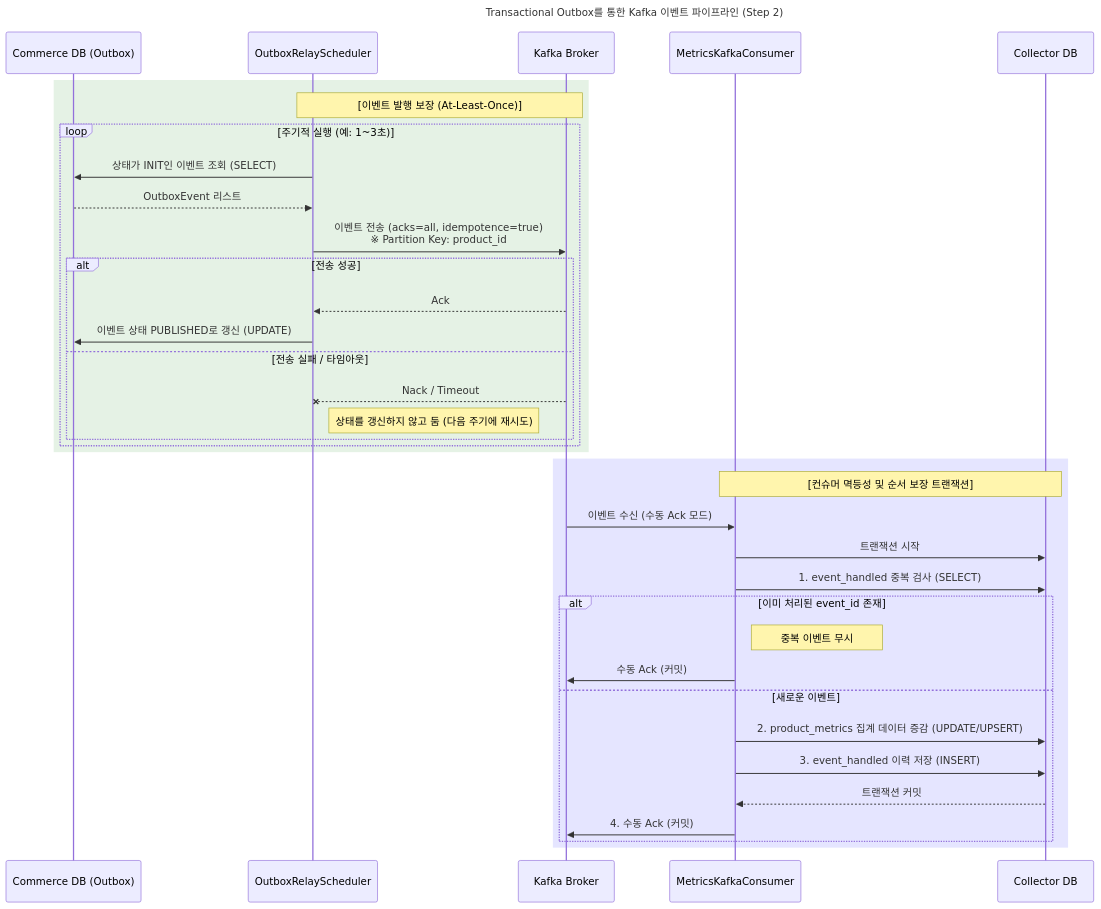
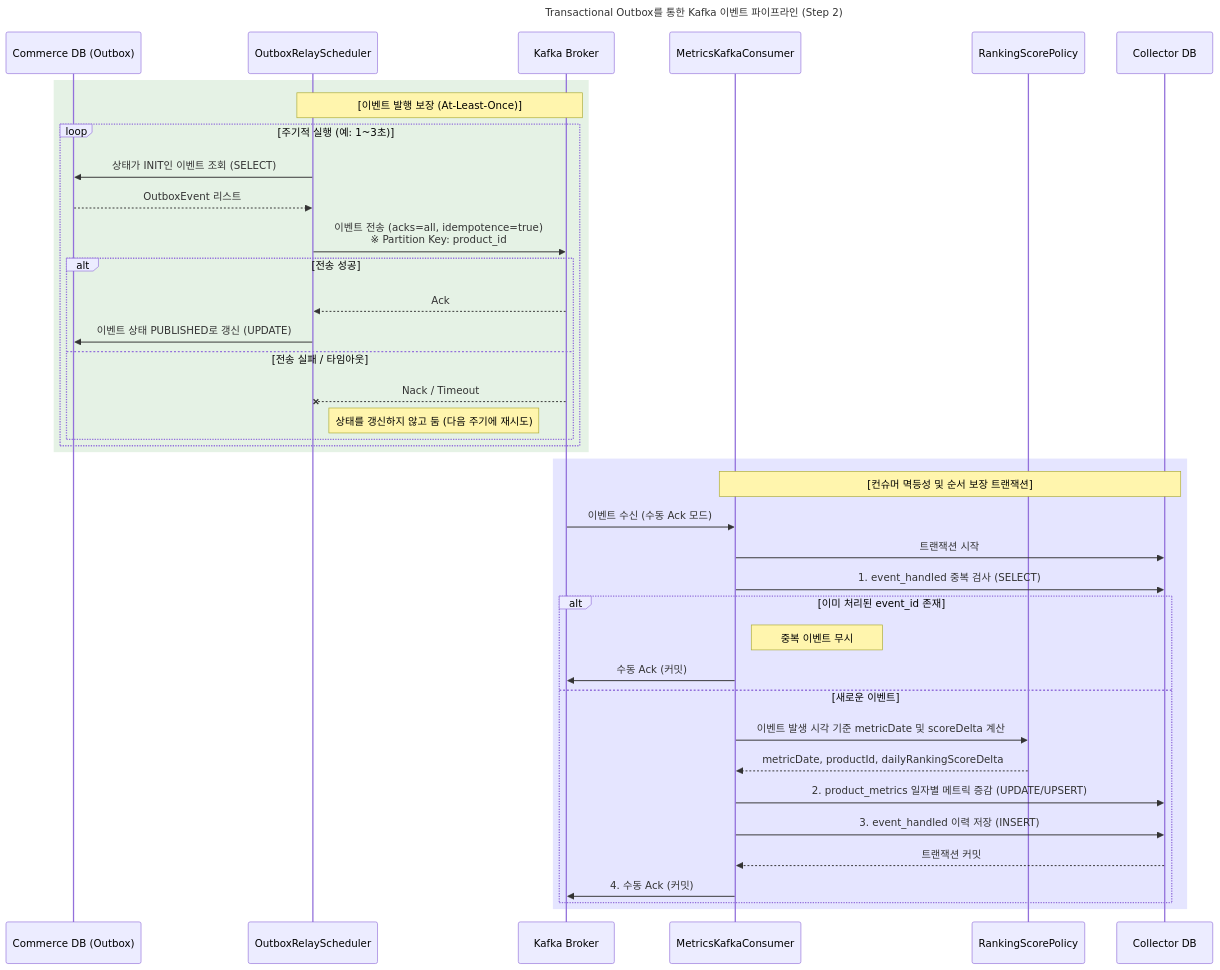
Diagram 12 of 21 in docs/week2/02-sequence-diagrams.md (eelseungmin/loop-pack-be-l2-vol4-java), drawn with Mermaid before and after one commit. The commit also changed other lines of this file and 3 other files, not shown here.

````diff
--- a/docs/week2/02-sequence-diagrams.md
+++ b/docs/week2/02-sequence-diagrams.md
@@ -503,45 +503,48 @@
 ```mermaid
 sequenceDiagram
     title Transactional Outbox를 통한 Kafka 이벤트 파이프라인 (Step 2)
     participant DB as Commerce DB (Outbox)
     participant Scheduler as OutboxRelayScheduler
     participant Kafka as Kafka Broker
     participant Consumer as MetricsKafkaConsumer
+    participant ScorePolicy as RankingScorePolicy
     participant CDB as Collector DB
 
     rect rgba(0, 128, 0, 0.1)
         Note over Scheduler, Kafka: [이벤트 발행 보장 (At-Least-Once)]
         loop 주기적 실행 (예: 1~3초)
             Scheduler->>DB: 상태가 INIT인 이벤트 조회 (SELECT)
             DB-->>Scheduler: OutboxEvent 리스트
             
             Scheduler->>Kafka: 이벤트 전송 (acks=all, idempotence=true)<br/>※ Partition Key: product_id
             
             alt 전송 성공
                 Kafka-->>Scheduler: Ack
                 Scheduler->>DB: 이벤트 상태 PUBLISHED로 갱신 (UPDATE)
             else 전송 실패 / 타임아웃
                 Kafka--xScheduler: Nack / Timeout
                 Note right of Scheduler: 상태를 갱신하지 않고 둠 (다음 주기에 재시도)
             end
         end
     end
 
     rect rgba(0, 0, 255, 0.1)
         Note over Consumer, CDB: [컨슈머 멱등성 및 순서 보장 트랜잭션]
         Kafka->>Consumer: 이벤트 수신 (수동 Ack 모드)
         
         Consumer->>CDB: 트랜잭션 시작
         Consumer->>CDB: 1. event_handled 중복 검사 (SELECT)
         
         alt 이미 처리된 event_id 존재
             Note right of Consumer: 중복 이벤트 무시
             Consumer->>Kafka: 수동 Ack (커밋)
         else 새로운 이벤트
-            Consumer->>CDB: 2. product_metrics 집계 데이터 증감 (UPDATE/UPSERT)
+            Consumer->>ScorePolicy: 이벤트 발생 시각 기준 metricDate 및 scoreDelta 계산
+            ScorePolicy-->>Consumer: metricDate, productId, dailyRankingScoreDelta
+            Consumer->>CDB: 2. product_metrics 일자별 메트릭 증감 (UPDATE/UPSERT)
             Consumer->>CDB: 3. event_handled 이력 저장 (INSERT)
             CDB-->>Consumer: 트랜잭션 커밋
             Consumer->>Kafka: 4. 수동 Ack (커밋)
         end
     end
 ```
````
